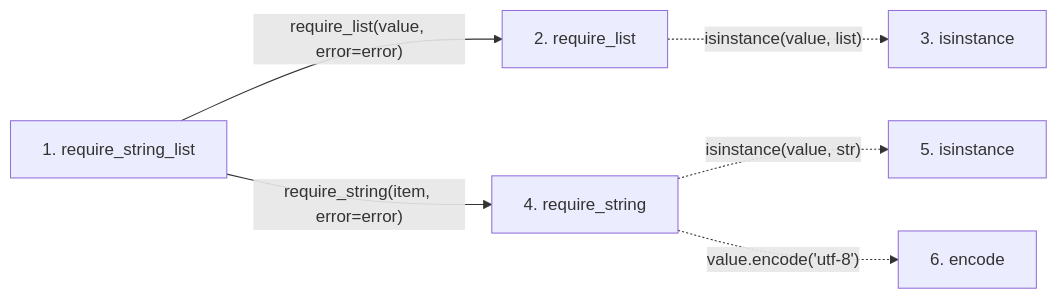
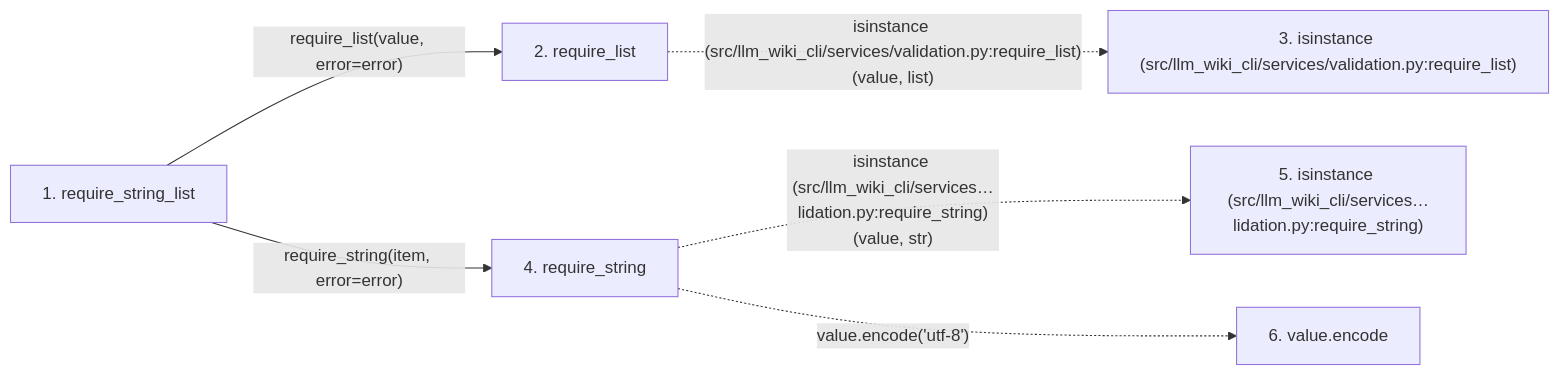
One commit to Denissvgn/python-wiki-llm changed the second of 2 diagrams in docs/llm_wiki/flows/api-require_string_list.md. Above: the diagram before and after it, drawn with Mermaid. The commit also changed other lines of this file and 719 other files, not shown here.

````diff
--- a/docs/llm_wiki/flows/api-require_string_list.md
+++ b/docs/llm_wiki/flows/api-require_string_list.md
@@ -27,17 +28,17 @@
 ```mermaid
 flowchart LR
     s1["1. require_string_list"]
     s2["2. require_list"]
-    s3["3. isinstance"]
+    s3["3. isinstance (src/llm_wiki_cli/services/validation.py:require_list)"]
     s4["4. require_string"]
-    s5["5. isinstance"]
-    s6["6. encode"]
+    s5["5. isinstance (src/llm_wiki_cli/services…lidation.py:require_string)"]
+    s6["6. value.encode"]
     s1 -->|"require_list(value, error=error)"| s2
-    s2 -. "isinstance(value, list)" .-> s3
+    s2 -. "isinstance (src/llm_wiki_cli/services/validation.py:require_list)(value, list)" .-> s3
     s1 -->|"require_string(item, error=error)"| s4
-    s4 -. "isinstance(value, str)" .-> s5
+    s4 -. "isinstance (src/llm_wiki_cli/services…lidation.py:require_string)(value, str)" .-> s5
     s4 -. "value.encode('utf-8')" .-> s6
     click s1 "../modules/validation.md"
     click s2 "../modules/validation.md"
     click s4 "../modules/validation.md"
 ```
````
